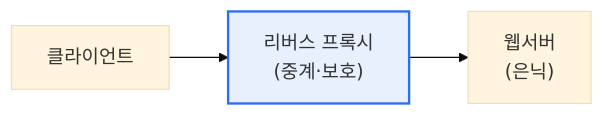
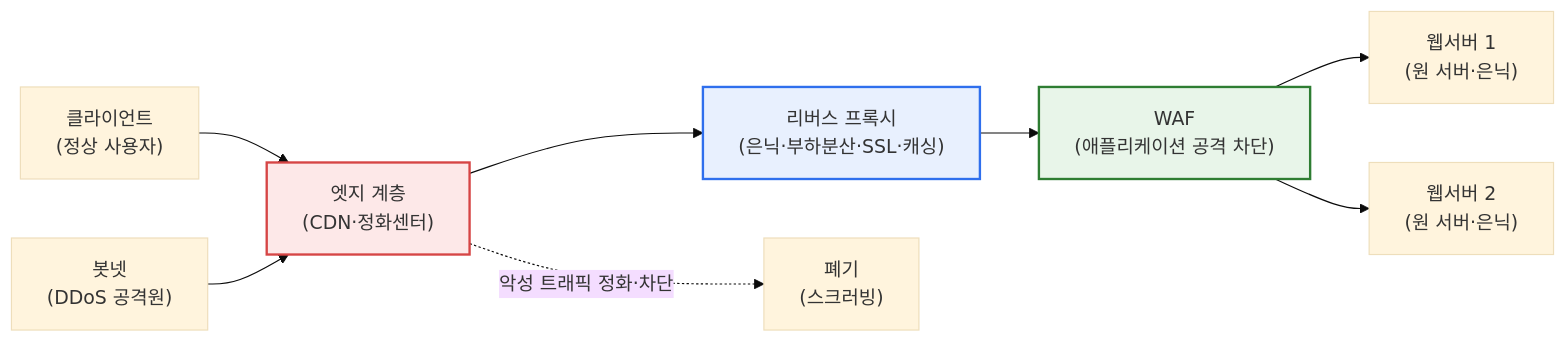
One commit to coninggu/wjdqhrhksflrltnftk changed the first of 3 diagrams in content/reverse-proxy-ddos.md. Above: the diagram before and after it, drawn with Mermaid (base theme). The commit also changed other lines of this file and 3 other files, not shown here.

Commit message:
Deepen 웹서버 보안 — 리버스 프록시와 DDoS 사이버대피소, UML 클래스 다이어그램과 객체 모델링 (auto)

````diff
--- a/content/reverse-proxy-ddos.md
+++ b/content/reverse-proxy-ddos.md
@@ -15,5 +19,13 @@
 ```mermaid
 flowchart LR
-  C[클라이언트] --> RP["리버스 프록시<br/>(중계·보호)"] --> W["웹서버<br/>(은닉)"]
+  C["클라이언트<br/>(정상 사용자)"] --> E["엣지 계층<br/>(CDN·정화센터)"]
+  B["봇넷<br/>(DDoS 공격원)"] --> E
+  E --> RP["리버스 프록시<br/>(은닉·부하분산·SSL·캐싱)"]
+  RP --> WAF["WAF<br/>(애플리케이션 공격 차단)"]
+  WAF --> W1["웹서버 1<br/>(원 서버·은닉)"]
+  WAF --> W2["웹서버 2<br/>(원 서버·은닉)"]
+  E -. "악성 트래픽 정화·차단" .-> X["폐기<br/>(스크러빙)"]
+  style E fill:#fde8e8,stroke:#d64545,stroke-width:2px
   style RP fill:#e8f0fe,stroke:#2f6fed,stroke-width:2px
+  style WAF fill:#e8f5e9,stroke:#2e7d32,stroke-width:2px
 ```
````
